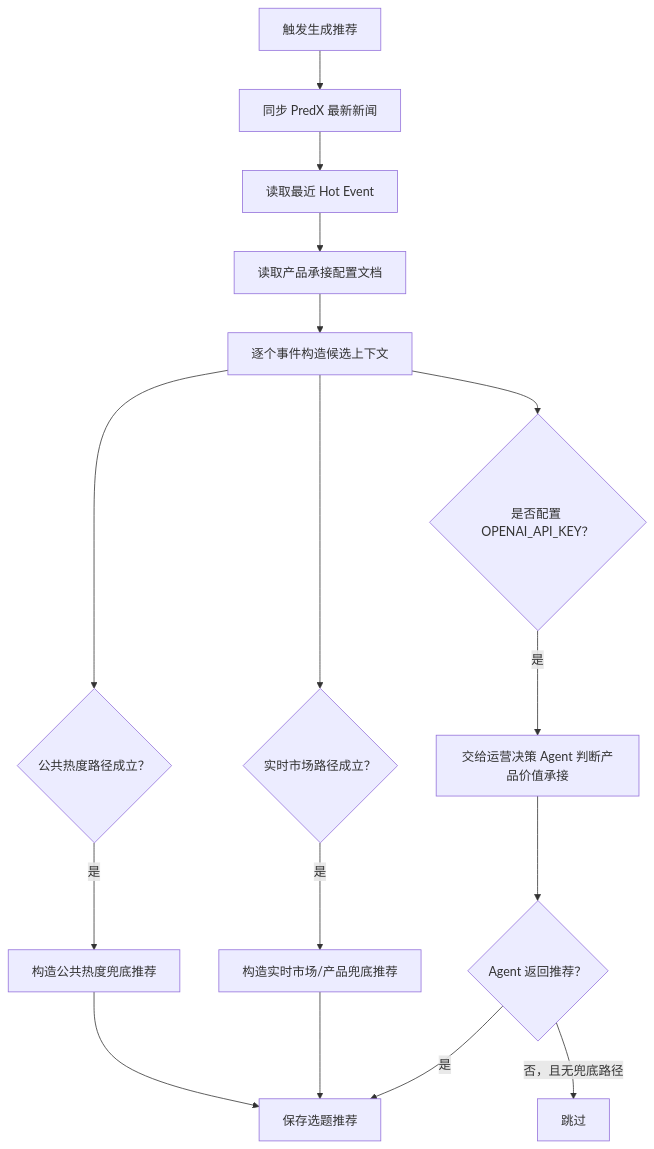
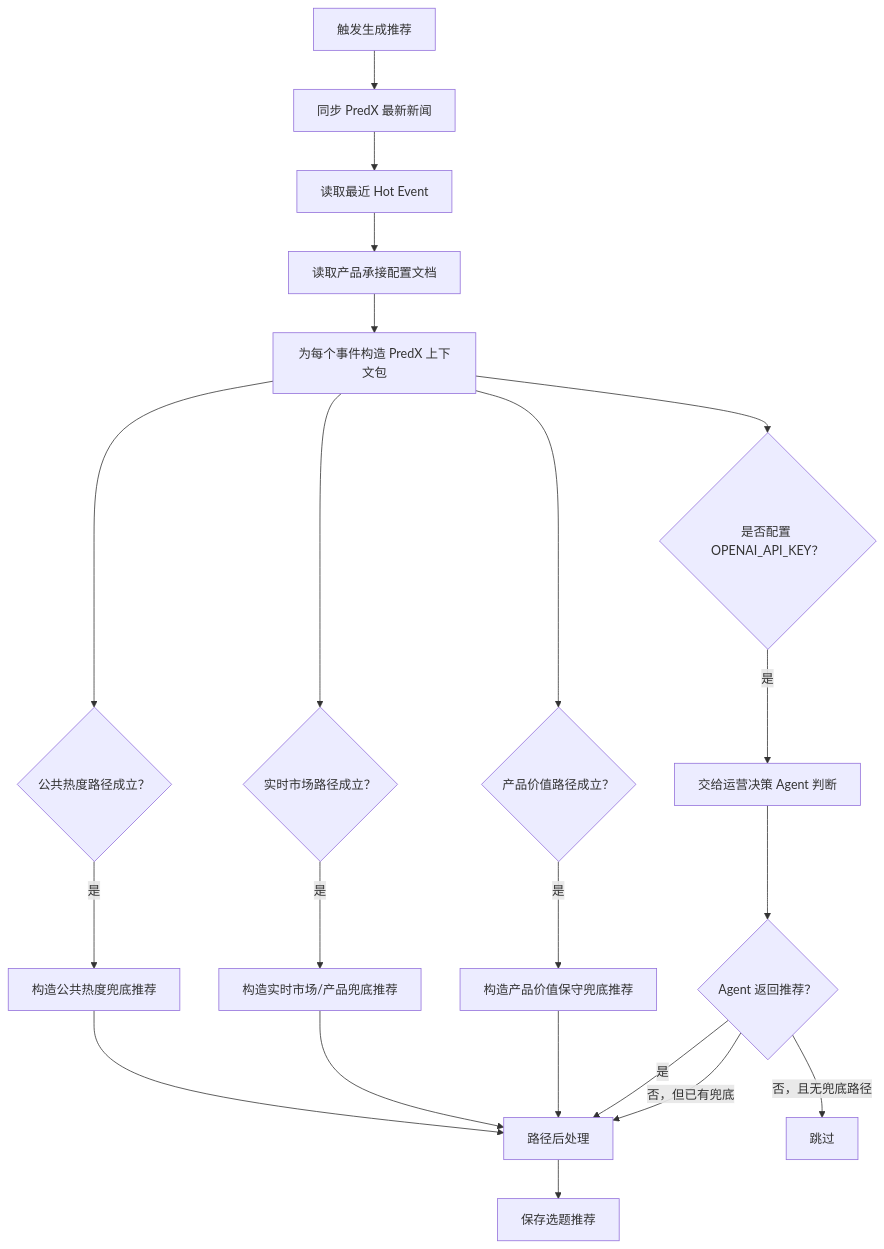
One commit to TelyAgent/hotspot-backend changed the diagram in docs/hotspot-agent/OPERATIONS_DECISION_RECOMMENDATION_FLOW.md. Above: the diagram before and after it, drawn with Mermaid. The commit also changed other lines of this file and 2 other files, not shown here.

````diff
--- a/docs/hotspot-agent/OPERATIONS_DECISION_RECOMMENDATION_FLOW.md
+++ b/docs/hotspot-agent/OPERATIONS_DECISION_RECOMMENDATION_FLOW.md
@@ -55,18 +94,23 @@
 ```mermaid
 flowchart TD
   A["触发生成推荐"] --> B["同步 PredX 最新新闻"]
   B --> C["读取最近 Hot Event"]
   C --> D["读取产品承接配置文档"]
-  D --> E["逐个事件构造候选上下文"]
+  D --> E["为每个事件构造 PredX 上下文包"]
   E --> F{"公共热度路径成立？"}
   E --> G{"实时市场路径成立？"}
-  E --> H{"是否配置 OPENAI_API_KEY？"}
+  E --> H{"产品价值路径成立？"}
   F -- "是" --> I["构造公共热度兜底推荐"]
   G -- "是" --> J["构造实时市场/产品兜底推荐"]
-  H -- "是" --> K["交给运营决策 Agent 判断产品价值承接"]
-  I --> L["保存选题推荐"]
-  J --> L
-  K --> M{"Agent 返回推荐？"}
-  M -- "是" --> L
-  M -- "否，且无兜底路径" --> N["跳过"]
+  H -- "是" --> K["构造产品价值保守兜底推荐"]
+  E --> O{"是否配置 OPENAI_API_KEY？"}
+  O -- "是" --> P["交给运营决策 Agent 判断"]
+  I --> Q["路径后处理"]
+  J --> Q
+  K --> Q
+  P --> R{"Agent 返回推荐？"}
+  R -- "是" --> Q
+  R -- "否，但已有兜底" --> Q
+  R -- "否，且无兜底路径" --> N["跳过"]
+  Q --> L["保存选题推荐"]
 ```
````
